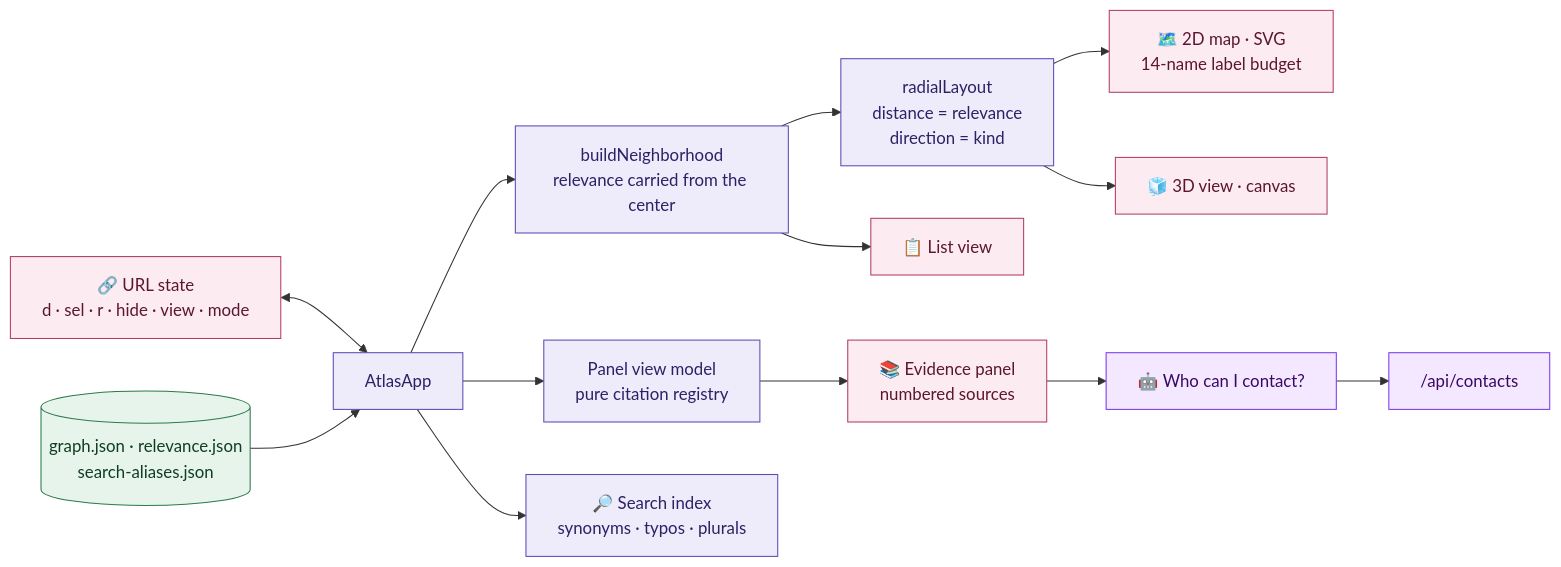
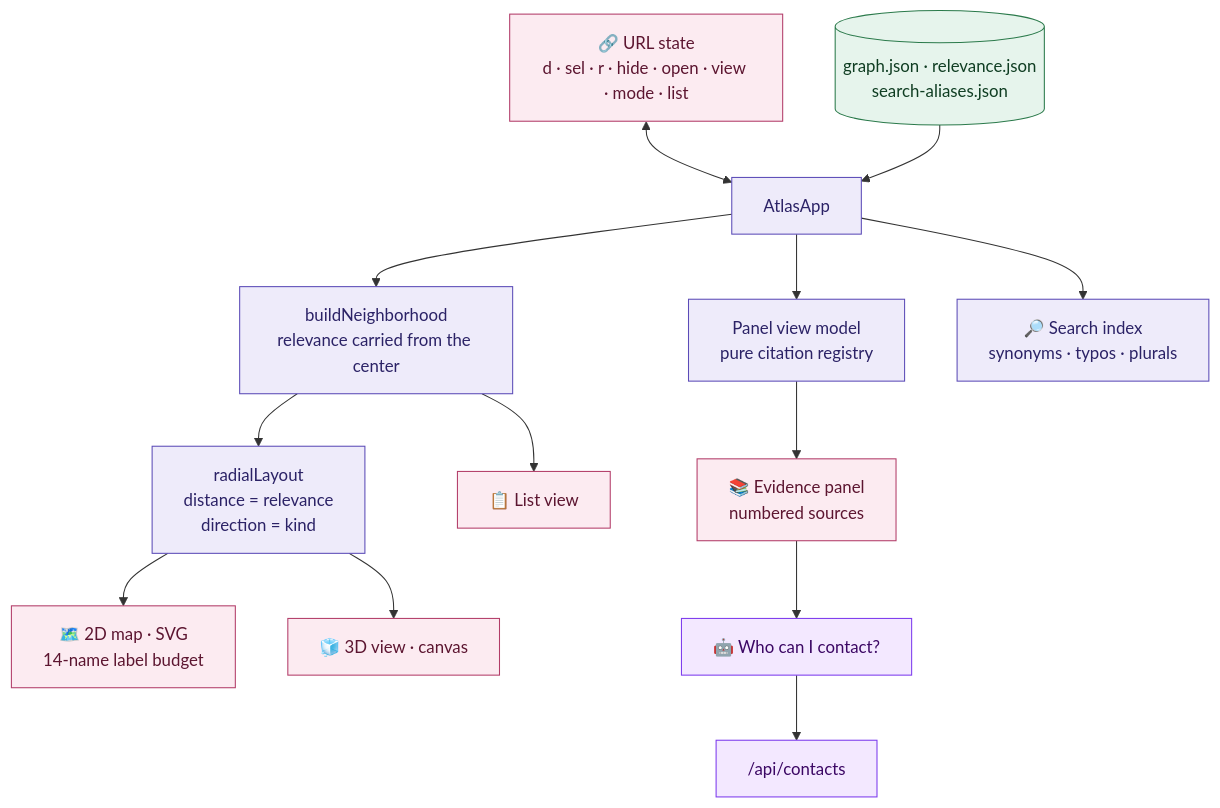
The fourth of 12 diagrams in README.md (vihuynh72/research-os), drawn with Mermaid before and after one commit. The commit also changed other lines of this file and 1 other file, not shown here.

````diff
--- a/README.md
+++ b/README.md
@@ -207,22 +207,22 @@
 ```mermaid
-flowchart LR
-    URL["🔗 URL state<br/>d · sel · r · hide · view · mode"] <--> APP["AtlasApp"]
+flowchart TB
+    URL["🔗 URL state<br/>d · sel · r · hide · open · view · mode · list"] <--> APP["AtlasApp"]
     DATA[("graph.json · relevance.json<br/>search-aliases.json")] --> APP
     APP --> HOOD["buildNeighborhood<br/>relevance carried from the center"]
     HOOD --> LAY["radialLayout<br/>distance = relevance<br/>direction = kind"]
     LAY --> M2["🗺️ 2D map · SVG<br/>14-name label budget"]
     LAY --> M3["🧊 3D view · canvas"]
     HOOD --> LST["📋 List view"]
     APP --> VM["Panel view model<br/>pure citation registry"]
     VM --> PNL["📚 Evidence panel<br/>numbered sources"]
     PNL --> CF["🤖 Who can I contact?"] --> RT["/api/contacts"]
     APP --> SB["🔎 Search index<br/>synonyms · typos · plurals"]
     classDef core fill:#EEEBFA,stroke:#5B4BB7,color:#2B2266
     classDef view fill:#FCEBF1,stroke:#B23C68,color:#5C1530
     classDef data fill:#E6F4EC,stroke:#2B7A4B,color:#0F3D22
     classDef ai fill:#F3E8FF,stroke:#7C3AED,color:#3B0764
     class APP,HOOD,LAY,VM,SB core
     class M2,M3,LST,PNL,URL view
     class DATA data
     class CF,RT ai
 ```
````
